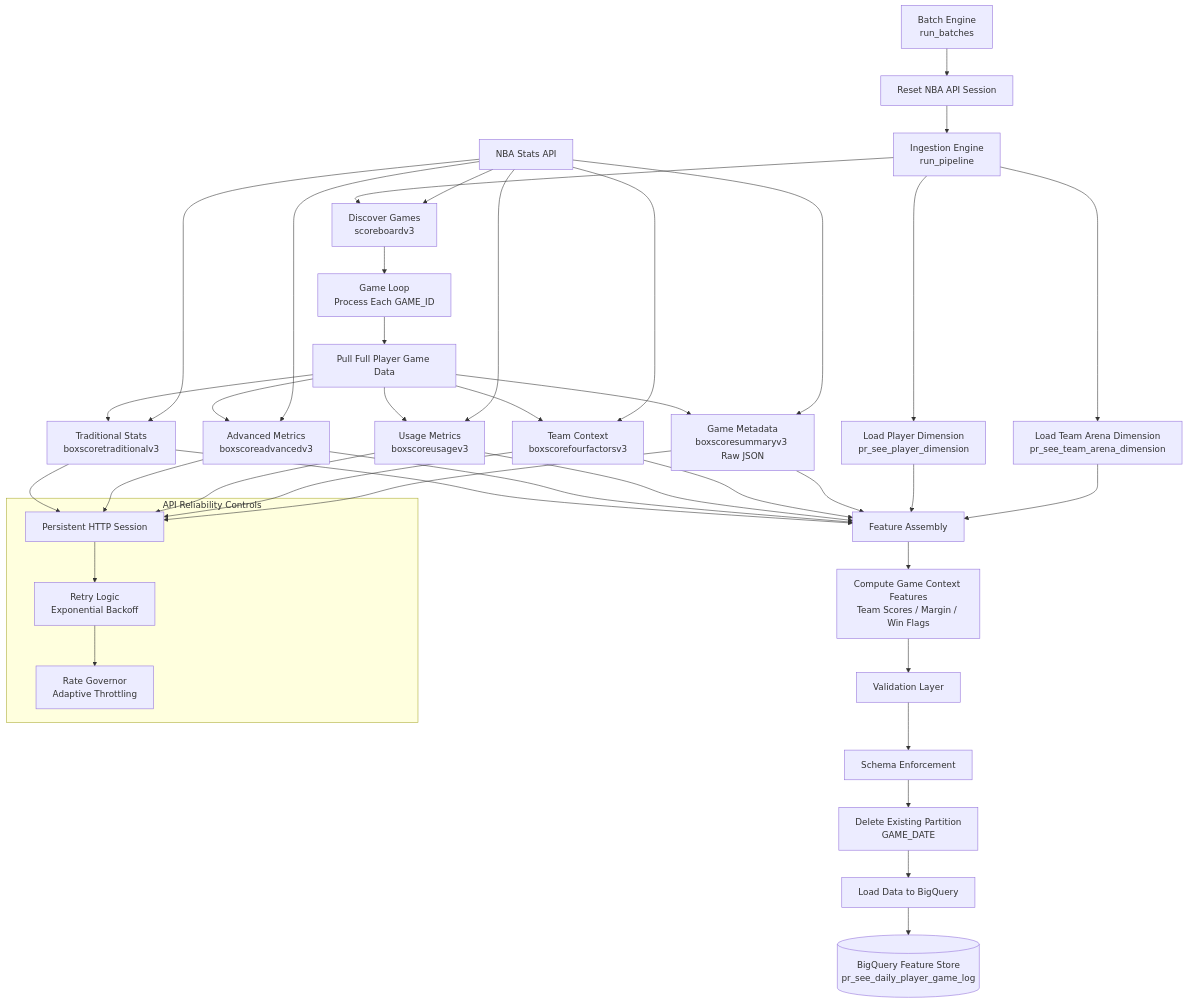
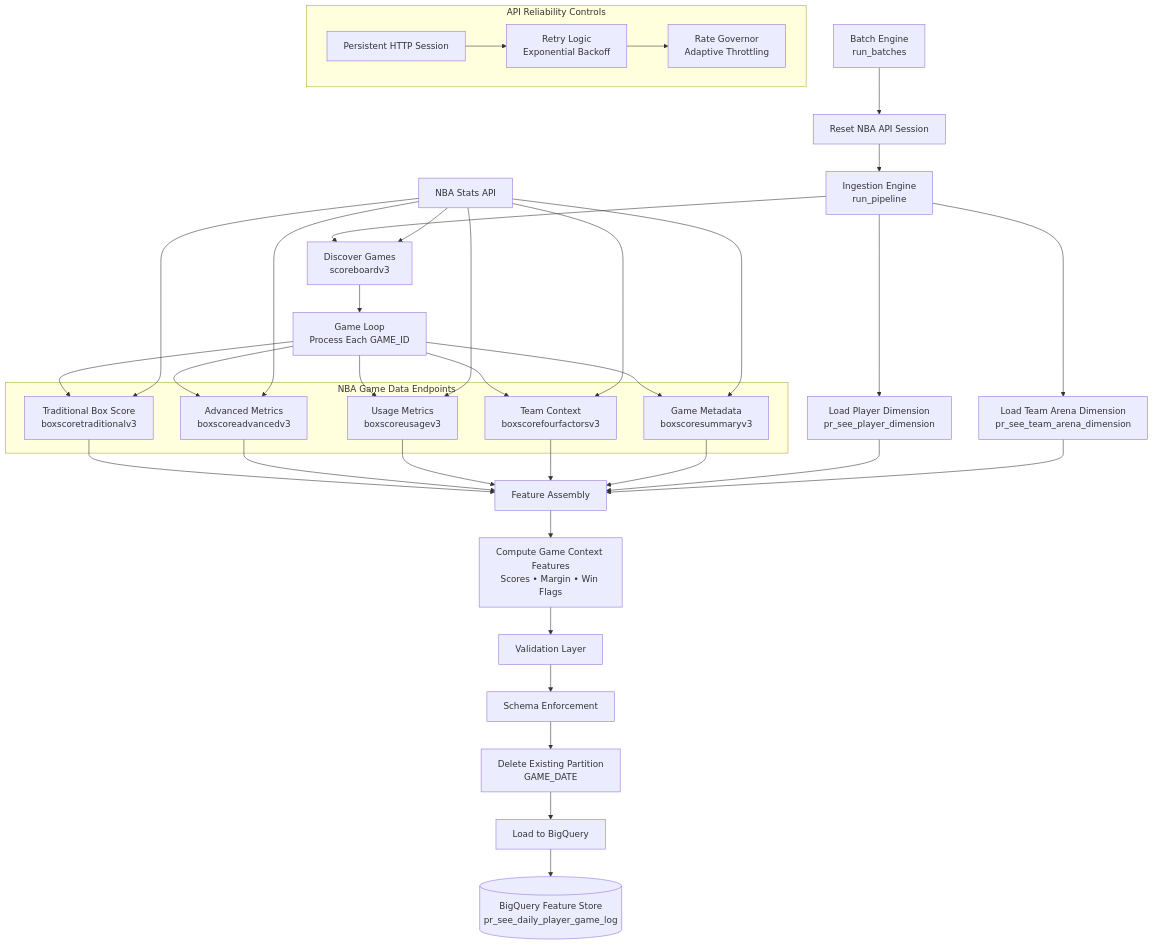
The diagram in README.md (zh412/nba-feature-store), drawn with Mermaid before and after one commit.

Commit message:
Update architecture diagram

````diff
--- a/README.md
+++ b/README.md
@@ -66,7 +66,7 @@
 flowchart TD
 
 %% =========================================================
-%% PIPELINE ORCHESTRATION
+%% ORCHESTRATION LAYER
 %% =========================================================
 
 A[Batch Engine<br>run_batches]
@@ -74,7 +74,7 @@
 B --> C[Ingestion Engine<br>run_pipeline]
 
 %% =========================================================
-%% DIMENSION LOADING
+%% DIMENSION TABLES
 %% =========================================================
 
 C --> D[Load Player Dimension<br>pr_see_player_dimension]
@@ -86,7 +86,7 @@
 
 C --> F[Discover Games<br>scoreboardv3]
 
-API[NBA Stats API] --> F
+NBA[NBA Stats API] --> F
 
 F --> G[Game Loop<br>Process Each GAME_ID]
 
@@ -94,73 +94,75 @@
 %% GAME DATA COLLECTION
 %% =========================================================
 
-G --> H[Pull Full Player Game Data]
+subgraph GAME_DATA_ENDPOINTS [NBA Game Data Endpoints]
 
-H --> I[Traditional Stats<br>boxscoretraditionalv3]
-H --> J[Advanced Metrics<br>boxscoreadvancedv3]
-H --> K[Usage Metrics<br>boxscoreusagev3]
-H --> L[Team Context<br>boxscorefourfactorsv3]
-H --> M[Game Metadata<br>boxscoresummaryv3 Raw JSON]
+T1[Traditional Box Score<br>boxscoretraditionalv3]
+T2[Advanced Metrics<br>boxscoreadvancedv3]
+T3[Usage Metrics<br>boxscoreusagev3]
+T4[Team Context<br>boxscorefourfactorsv3]
+T5[Game Metadata<br>boxscoresummaryv3]
 
-API --> I
-API --> J
-API --> K
-API --> L
-API --> M
+end
+
+G --> T1
+G --> T2
+G --> T3
+G --> T4
+G --> T5
+
+NBA --> T1
+NBA --> T2
+NBA --> T3
+NBA --> T4
+NBA --> T5
 
 %% =========================================================
 %% FEATURE ASSEMBLY
 %% =========================================================
 
-I --> N[Feature Assembly]
-J --> N
-K --> N
-L --> N
-M --> N
+T1 --> H[Feature Assembly]
+T2 --> H
+T3 --> H
+T4 --> H
+T5 --> H
 
-D --> N
-E --> N
+D --> H
+E --> H
 
 %% =========================================================
 %% DERIVED FEATURES
 %% =========================================================
 
-N --> O[Compute Game Context Features<br>Team Scores / Margin / Win Flags]
+H --> I[Compute Game Context Features<br>Scores • Margin • Win Flags]
 
 %% =========================================================
-%% DATA QUALITY LAYER
+%% DATA VALIDATION
 %% =========================================================
 
-O --> P[Validation Layer]
-P --> Q[Schema Enforcement]
+I --> J[Validation Layer]
+J --> K[Schema Enforcement]
 
 %% =========================================================
 %% WAREHOUSE LOAD
 %% =========================================================
 
-Q --> R[Delete Existing Partition<br>GAME_DATE]
-R --> S[Load Data to BigQuery]
+K --> L[Delete Existing Partition<br>GAME_DATE]
+L --> M[Load to BigQuery]
 
-S --> T[(BigQuery Feature Store<br>pr_see_daily_player_game_log)]
+M --> N[(BigQuery Feature Store<br>pr_see_daily_player_game_log)]
 
 %% =========================================================
-%% API RELIABILITY SAFEGUARDS
+%% API RELIABILITY CONTROLS
 %% =========================================================
 
-subgraph API_RELIABILITY[API Reliability Controls]
+subgraph API_RELIABILITY [API Reliability Controls]
 
-U[Persistent HTTP Session]
-V[Retry Logic<br>Exponential Backoff]
-W[Rate Governor<br>Adaptive Throttling]
+R1[Persistent HTTP Session]
+R2[Retry Logic<br>Exponential Backoff]
+R3[Rate Governor<br>Adaptive Throttling]
 
-U --> V
-V --> W
+R1 --> R2
+R2 --> R3
 
 end
-
-I --> U
-J --> U
-K --> U
-L --> U
-M --> U
 ```
````
